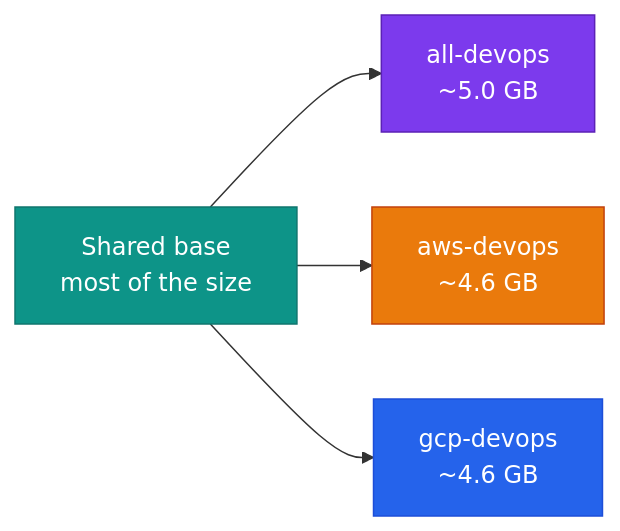
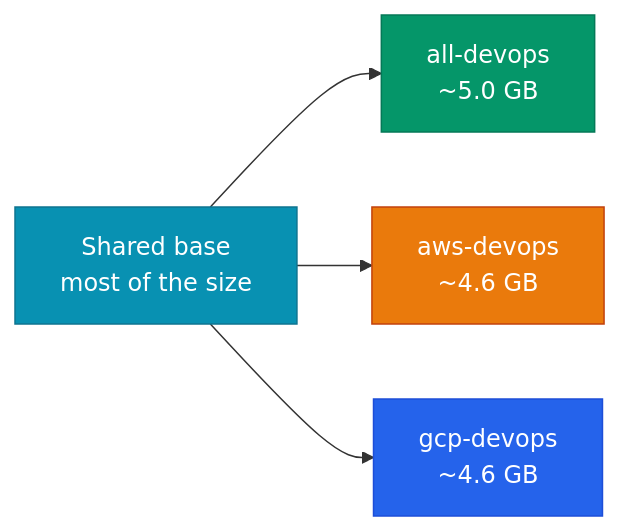
Before and after one commit to jinalshah/devops-images: the diagram in docs/build-images/optimization.md, drawn with Mermaid. The commit also changed 29 other files, not shown here.

````diff
--- a/docs/build-images/optimization.md
+++ b/docs/build-images/optimization.md
@@ -28,15 +28,15 @@
 ```mermaid
 flowchart LR
   B["Shared base<br/>most of the size"] --> A["all-devops<br/>~5.0 GB"]
   B --> W["aws-devops<br/>~4.6 GB"]
   B --> G["gcp-devops<br/>~4.6 GB"]
 
-  classDef base fill:#0d9488,stroke:#0f766e,color:#fff
-  classDef all fill:#7c3aed,stroke:#5b21b6,color:#fff
+  classDef base fill:#0891b2,stroke:#0e7490,color:#fff
+  classDef all fill:#059669,stroke:#047857,color:#fff
   classDef aws fill:#ea7a0c,stroke:#c2410c,color:#fff
   classDef gcp fill:#2563eb,stroke:#1d4ed8,color:#fff
   class B base
   class A all
   class W aws
   class G gcp
 ```
````
